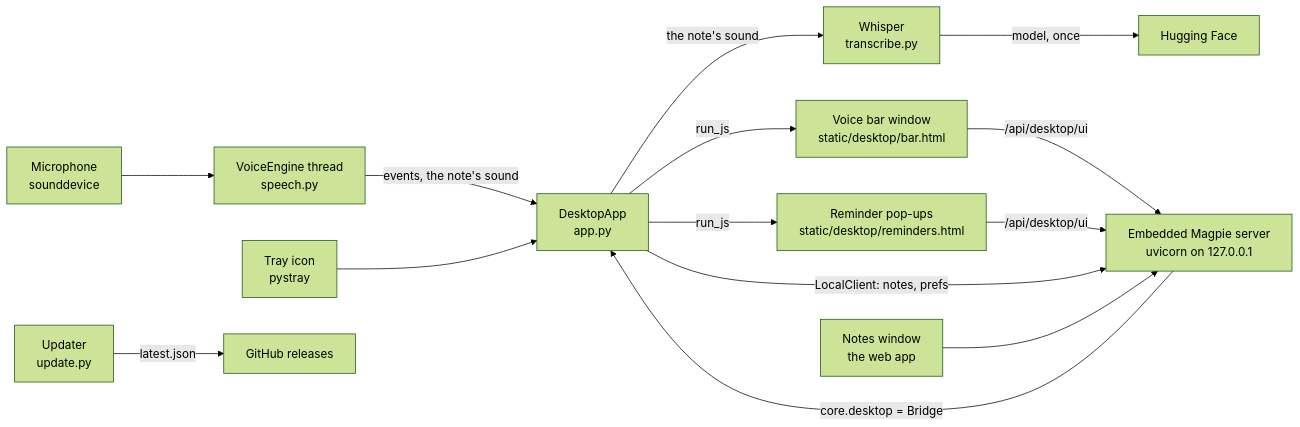
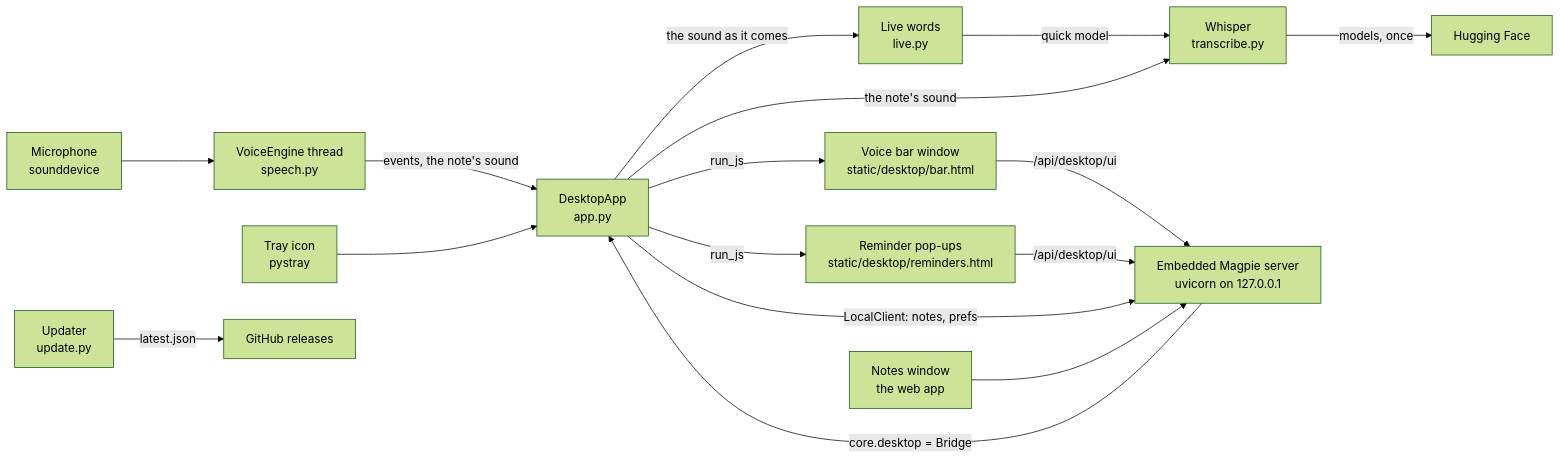
One commit to Coder-ux-coder/magpie changed the second of 4 diagrams in docs/architecture.md. Above: the diagram before and after it, drawn with Mermaid (forest theme). The commit also changed other lines of this file and 16 other files, not shown here.

First line of the commit message:
Accurate words as you speak, the most accurate model, and no false starts

````diff
--- a/docs/architecture.md
+++ b/docs/architecture.md
@@ -52,16 +52,18 @@
 ```mermaid
 flowchart LR
     MIC[Microphone<br/>sounddevice] --> VE[VoiceEngine thread<br/>speech.py]
     VE -->|events, the note's sound| APP[DesktopApp<br/>app.py]
-    APP -->|the note's sound| WH[Whisper<br/>transcribe.py]
-    WH -->|model, once| HF[Hugging Face]
+    APP -->|the sound as it comes| LV[Live words<br/>live.py]
+    LV -->|quick model| WH[Whisper<br/>transcribe.py]
+    APP -->|the note's sound| WH
+    WH -->|models, once| HF[Hugging Face]
     APP -->|run_js| BAR[Voice bar window<br/>static/desktop/bar.html]
     APP -->|run_js| POP[Reminder pop-ups<br/>static/desktop/reminders.html]
     BAR -->|/api/desktop/ui| SRV
     POP -->|/api/desktop/ui| SRV
     APP -->|LocalClient: notes, prefs| SRV[Embedded Magpie server<br/>uvicorn on 127.0.0.1]
     SRV -->|core.desktop = Bridge| APP
     TRAY[Tray icon<br/>pystray] --> APP
     MAIN[Notes window<br/>the web app] --> SRV
     UPD[Updater<br/>update.py] -->|latest.json| GH[GitHub releases]
 ```
````
